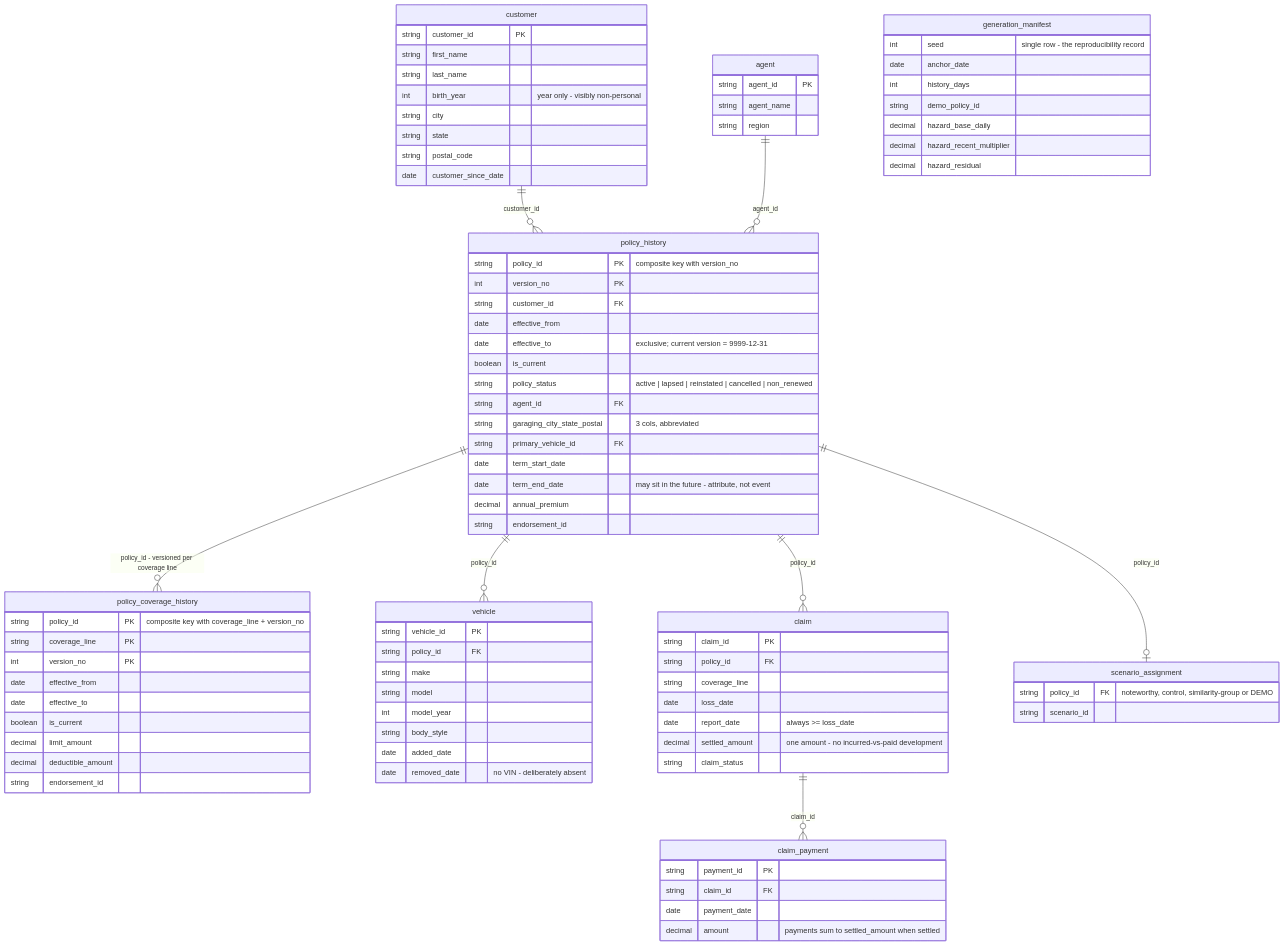
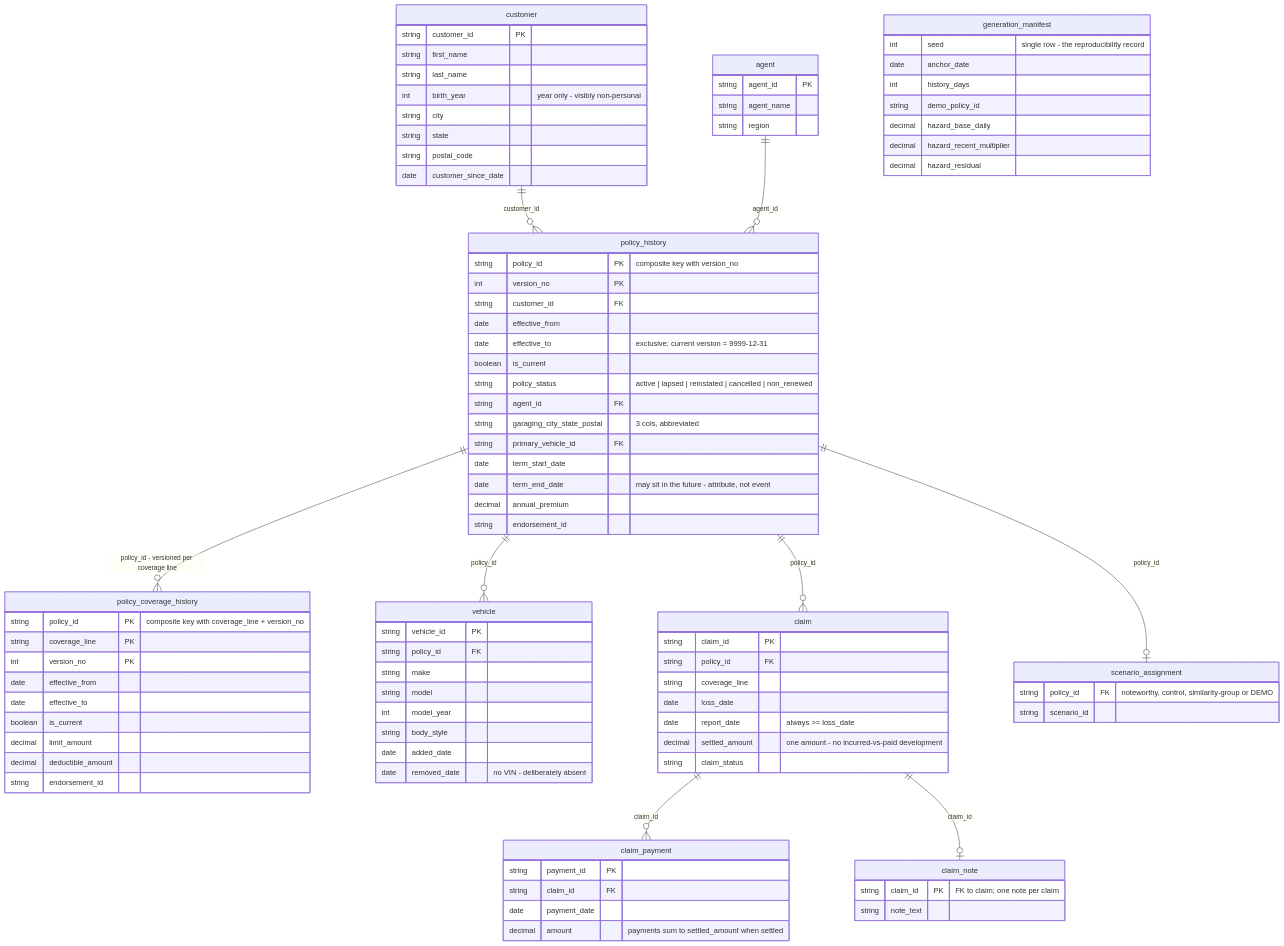
One commit to Sushruth-TechFabric/policy-time-machine changed the second of 2 diagrams in docs/specs/01-data-model-and-synthetic-data.md. Above: the diagram before and after it, drawn with Mermaid. The commit also changed other lines of this file and 7 other files, not shown here.

Commit message:
Docs: ADR-0020 detector surface, ADR-0021 fraud truth; charter, glossary, specs 01/02/08

````diff
--- a/docs/specs/01-data-model-and-synthetic-data.md
+++ b/docs/specs/01-data-model-and-synthetic-data.md
@@ -149,6 +149,10 @@
         date payment_date
         decimal amount "payments sum to settled_amount when settled"
     }
+    claim_note {
+        string claim_id PK "FK to claim; one note per claim"
+        string note_text
+    }
     scenario_assignment {
         string policy_id FK "noteworthy, control, similarity-group or DEMO"
         string scenario_id
@@ -169,5 +173,6 @@
     policy_history ||--o{ vehicle : "policy_id"
     policy_history ||--o{ claim : "policy_id"
     claim ||--o{ claim_payment : "claim_id"
+    claim ||--o| claim_note : "claim_id"
     policy_history ||--o| scenario_assignment : "policy_id"
 ```
````
